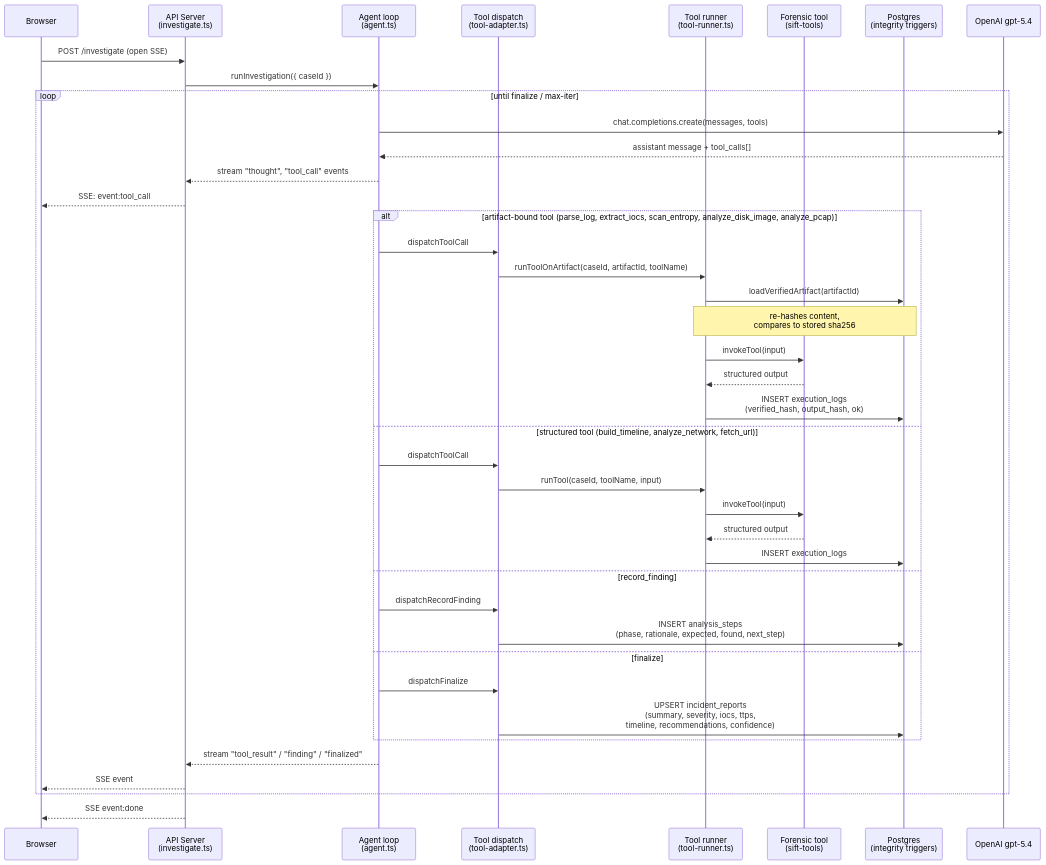
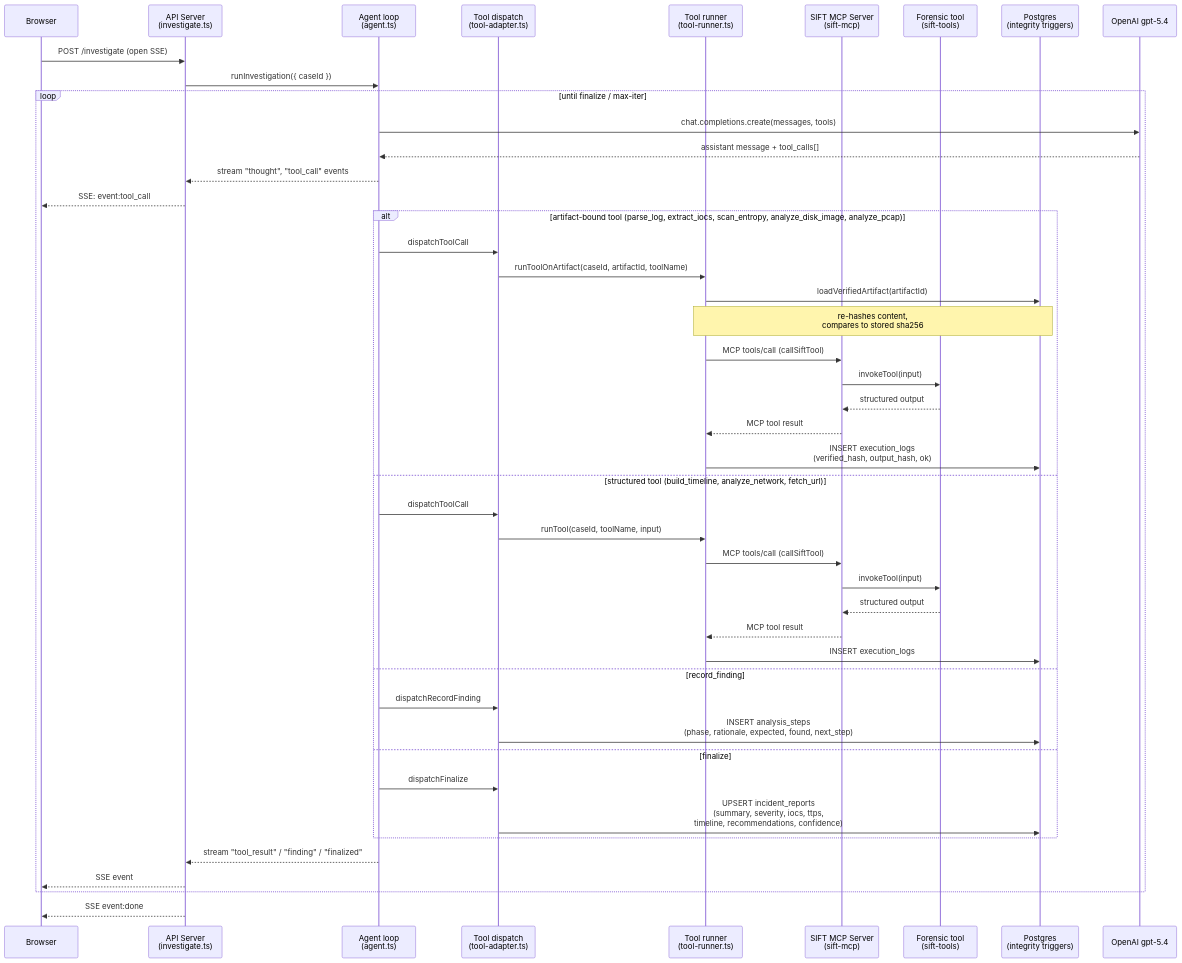
The second of 3 diagrams in docs/architecture.md (jalilel1913/Casefile), drawn with Mermaid before and after one commit. The commit also changed other lines of this file and 17 other files, not shown here.

First line of the commit message:
Integrate custom MCP server for forensic tool execution

````diff
--- a/docs/architecture.md
+++ b/docs/architecture.md
@@ -68,47 +85,52 @@
 ```mermaid
 sequenceDiagram
     participant U as Browser
     participant A as API Server<br/>(investigate.ts)
     participant G as Agent loop<br/>(agent.ts)
     participant D as Tool dispatch<br/>(tool-adapter.ts)
     participant R as Tool runner<br/>(tool-runner.ts)
+    participant M as SIFT MCP Server<br/>(sift-mcp)
     participant T as Forensic tool<br/>(sift-tools)
     participant DB as Postgres<br/>(integrity triggers)
     participant L as OpenAI gpt-5.4
 
     U->>A: POST /investigate (open SSE)
     A->>G: runInvestigation({ caseId })
     loop until finalize / max-iter
         G->>L: chat.completions.create(messages, tools)
         L-->>G: assistant message + tool_calls[]
         G-->>A: stream "thought", "tool_call" events
         A-->>U: SSE: event:tool_call
 
         alt artifact-bound tool (parse_log, extract_iocs, scan_entropy, analyze_disk_image, analyze_pcap)
             G->>D: dispatchToolCall
             D->>R: runToolOnArtifact(caseId, artifactId, toolName)
             R->>DB: loadVerifiedArtifact(artifactId)
             Note over R,DB: re-hashes content,<br/>compares to stored sha256
-            R->>T: invokeTool(input)
-            T-->>R: structured output
+            R->>M: MCP tools/call (callSiftTool)
+            M->>T: invokeTool(input)
+            T-->>M: structured output
+            M-->>R: MCP tool result
             R->>DB: INSERT execution_logs<br/>(verified_hash, output_hash, ok)
         else structured tool (build_timeline, analyze_network, fetch_url)
             G->>D: dispatchToolCall
             D->>R: runTool(caseId, toolName, input)
-            R->>T: invokeTool(input)
-            T-->>R: structured output
+            R->>M: MCP tools/call (callSiftTool)
+            M->>T: invokeTool(input)
+            T-->>M: structured output
+            M-->>R: MCP tool result
             R->>DB: INSERT execution_logs
         else record_finding
             G->>D: dispatchRecordFinding
             D->>DB: INSERT analysis_steps<br/>(phase, rationale, expected, found, next_step)
         else finalize
             G->>D: dispatchFinalize
             D->>DB: UPSERT incident_reports<br/>(summary, severity, iocs, ttps,<br/>timeline, recommendations, confidence)
         end
 
         G-->>A: stream "tool_result" / "finding" / "finalized"
         A-->>U: SSE event
     end
 
     A-->>U: SSE event:done
 ```
````
